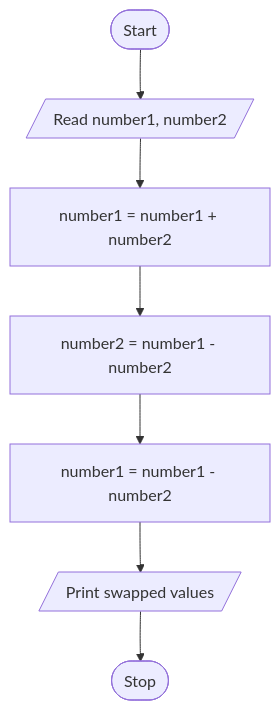
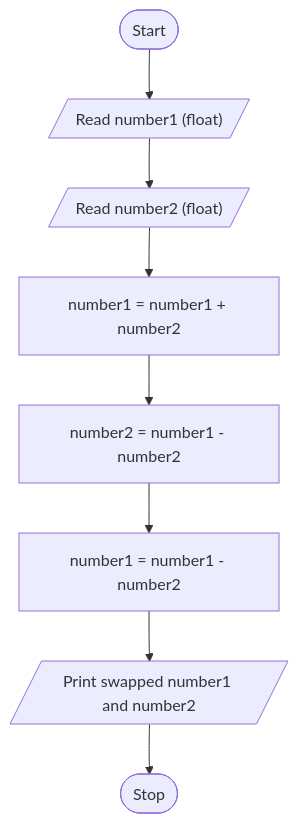
Before and after one commit to asvnphanindra/2026-27_PythonProgrammingCourse: the diagram in .faculty/observations/u1t5swp.md, drawn with Mermaid. The commit also changed 20 other files, not shown here.

Commit message:
Expand Full-observation flowcharts with step-by-step Mermaid detail.

````diff
--- a/.faculty/observations/u1t5swp.md
+++ b/.faculty/observations/u1t5swp.md
@@ -45,16 +45,12 @@
 ```mermaid
 flowchart TD
-    N0(["Start"])
-    N1[/"Read number1, number2"/]
-    N2["number1 = number1 + number2"]
-    N3["number2 = number1 - number2"]
-    N4["number1 = number1 - number2"]
-    N5[/"Print swapped values"/]
-    N6(["Stop"])
-    N0 --> N1
-    N1 --> N2
-    N2 --> N3
-    N3 --> N4
-    N4 --> N5
-    N5 --> N6
+Start(["Start"])
+R1[/"Read number1 (float)"/]
+R2[/"Read number2 (float)"/]
+P1["number1 = number1 + number2"]
+P2["number2 = number1 - number2"]
+P3["number1 = number1 - number2"]
+O1[/"Print swapped number1 and number2"/]
+Stop(["Stop"])
+Start --> R1 --> R2 --> P1 --> P2 --> P3 --> O1 --> Stop
 ```
````
